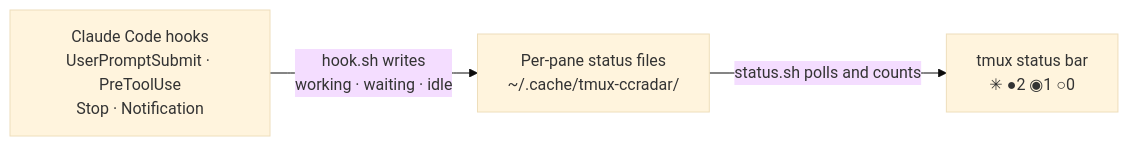
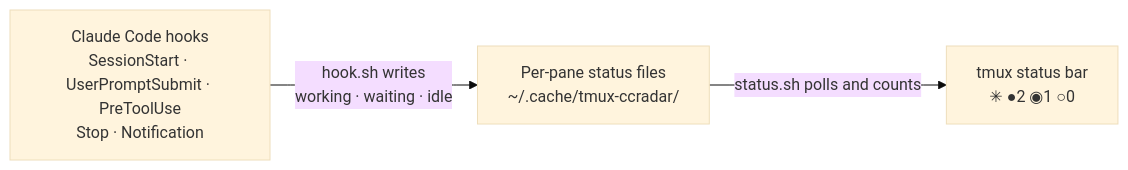
The diagram in README.md (xsmyile/tmux-ccradar), drawn with Mermaid (base theme) before and after one commit. The commit also changed other lines of this file and 2 other files, not shown here.

Commit message:
fix: mark new sessions idle immediately via SessionStart hook

````diff
--- a/README.md
+++ b/README.md
@@ -91,8 +101,8 @@
 ```mermaid
 flowchart LR
-    hooks["Claude Code hooks<br/>UserPromptSubmit · PreToolUse<br/>Stop · Notification"]
+    hooks["Claude Code hooks<br/>SessionStart · UserPromptSubmit · PreToolUse<br/>Stop · Notification"]
     files["Per-pane status files<br/>~/.cache/tmux-ccradar/"]
     bar["tmux status bar<br/>✳ ●2 ◉1 ○0"]
     hooks -->|"hook.sh writes<br/>working · waiting · idle"| files
     files -->|"status.sh polls and counts"| bar
 ```
````
